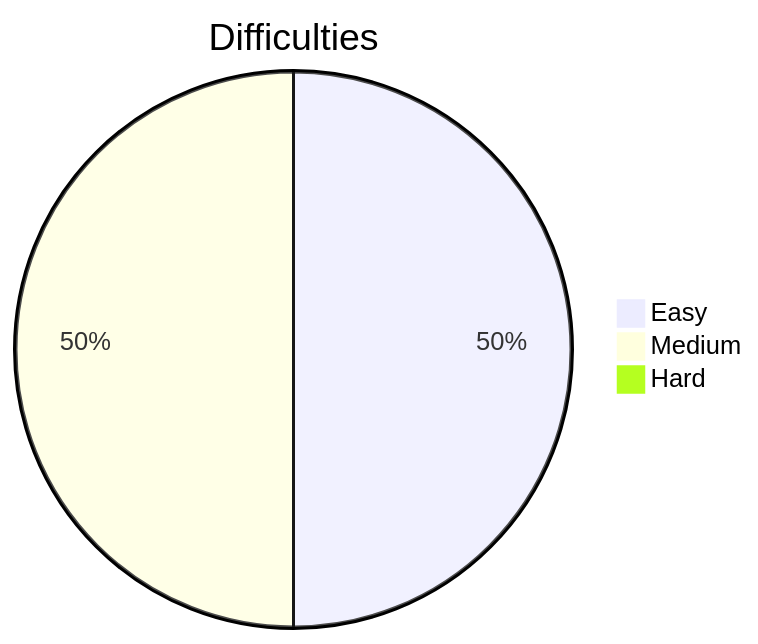
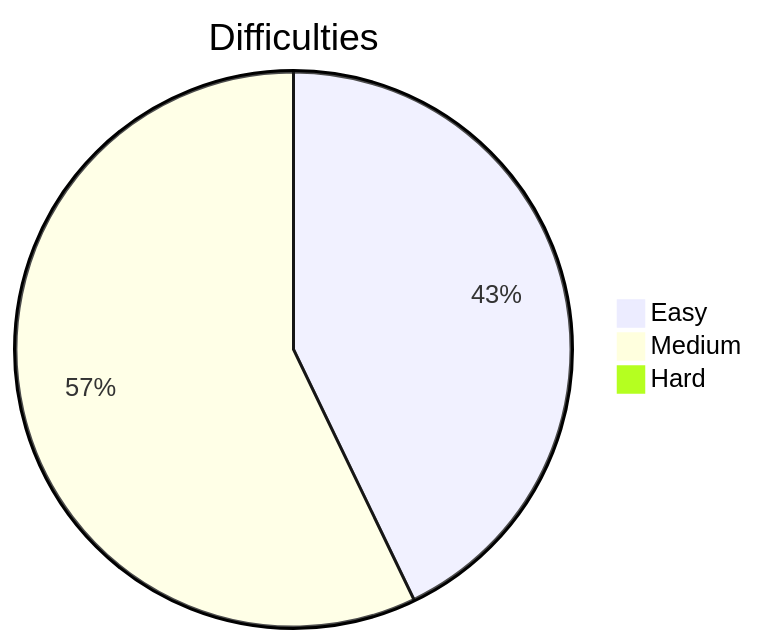
Before and after one commit to Parth099/Leetcode-Solutions: the diagram in README.md, drawn with Mermaid. The commit also changed other lines of this file, not shown here.

````diff
--- a/README.md
+++ b/README.md
@@ -5,7 +5,7 @@
 ```mermaid
 pie
     title Difficulties
     "Easy"   : 3
-    "Medium" : 3
+    "Medium" : 4
     "Hard"   : 0
 ```
````
